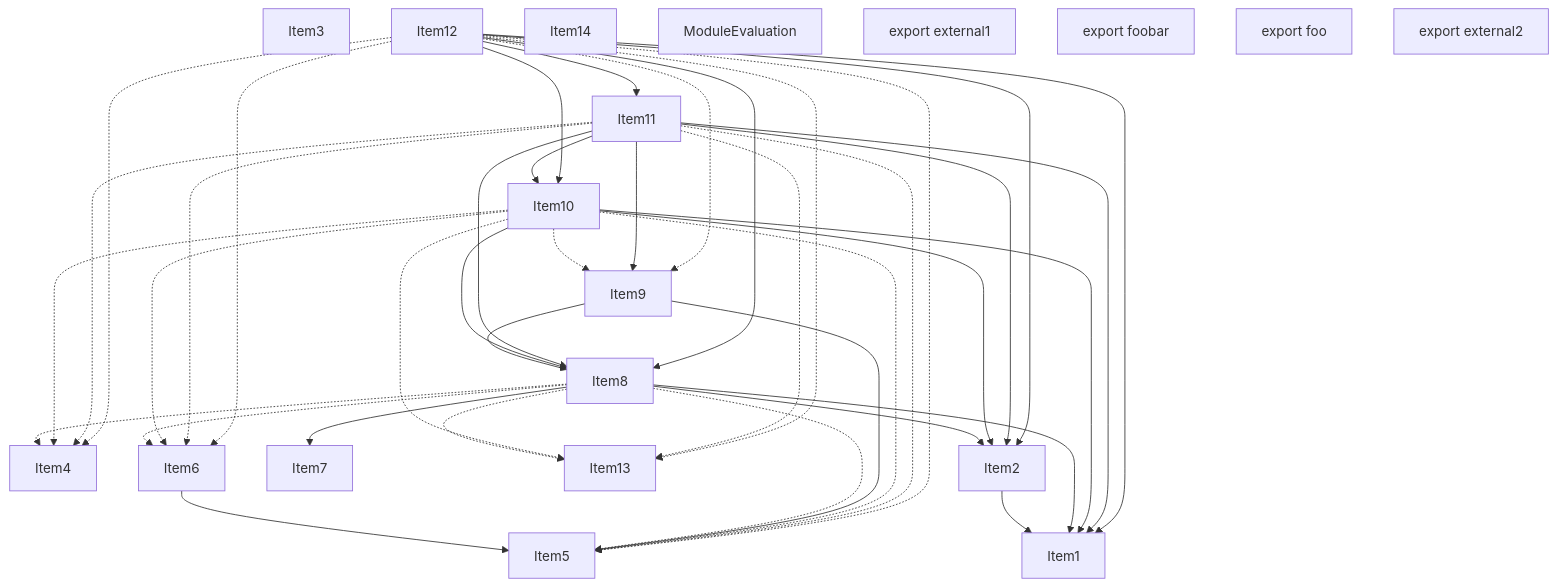
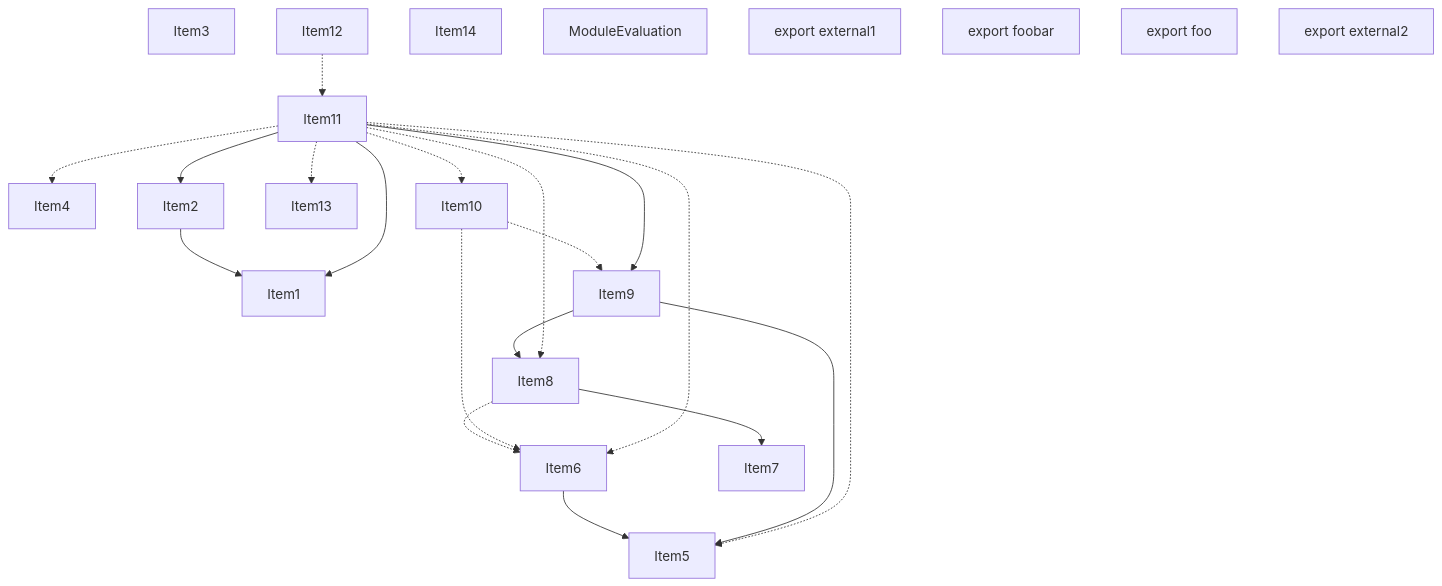
One commit to vercel/turborepo changed the second of 5 diagrams in crates/turbopack-ecmascript/tests/tree-shaker/analyzer/2/output.md. Above: the diagram before and after it, drawn with Mermaid. The commit also changed other lines of this file and 12 other files, not shown here.

````diff
--- a/crates/turbopack-ecmascript/tests/tree-shaker/analyzer/2/output.md
+++ b/crates/turbopack-ecmascript/tests/tree-shaker/analyzer/2/output.md
@@ -190,65 +187,45 @@
 ```mermaid
 graph TD
     Item3;
     Item1;
     Item4;
     Item5;
     Item6;
     Item7;
     Item8;
     Item9;
     Item10;
     Item11;
     Item12;
     Item13;
     Item14;
     Item2;
     Item15;
     Item15["ModuleEvaluation"];
     Item16;
     Item16["export external1"];
     Item17;
     Item17["export foobar"];
     Item18;
     Item18["export foo"];
     Item19;
     Item19["export external2"];
     Item2 --> Item1;
     Item6 --> Item5;
     Item8 --> Item7;
     Item8 -.-> Item6;
-    Item8 --> Item1;
-    Item8 --> Item2;
-    Item8 -.-> Item13;
-    Item8 -.-> Item5;
-    Item8 -.-> Item4;
     Item9 --> Item5;
     Item9 --> Item8;
     Item10 -.-> Item6;
     Item10 -.-> Item9;
-    Item10 --> Item1;
-    Item10 --> Item2;
-    Item10 --> Item8;
-    Item10 -.-> Item13;
-    Item10 -.-> Item5;
-    Item10 -.-> Item4;
     Item11 --> Item9;
     Item11 --> Item1;
     Item11 --> Item2;
-    Item11 --> Item8;
-    Item11 --> Item10;
     Item11 -.-> Item13;
     Item11 -.-> Item5;
+    Item11 -.-> Item8;
+    Item11 -.-> Item10;
     Item11 -.-> Item6;
     Item11 -.-> Item4;
-    Item12 --> Item11;
-    Item12 --> Item1;
-    Item12 --> Item2;
-    Item12 --> Item8;
-    Item12 --> Item10;
-    Item12 -.-> Item13;
-    Item12 -.-> Item5;
-    Item12 -.-> Item6;
-    Item12 -.-> Item9;
-    Item12 -.-> Item4;
+    Item12 -.-> Item11;
 ```
````
